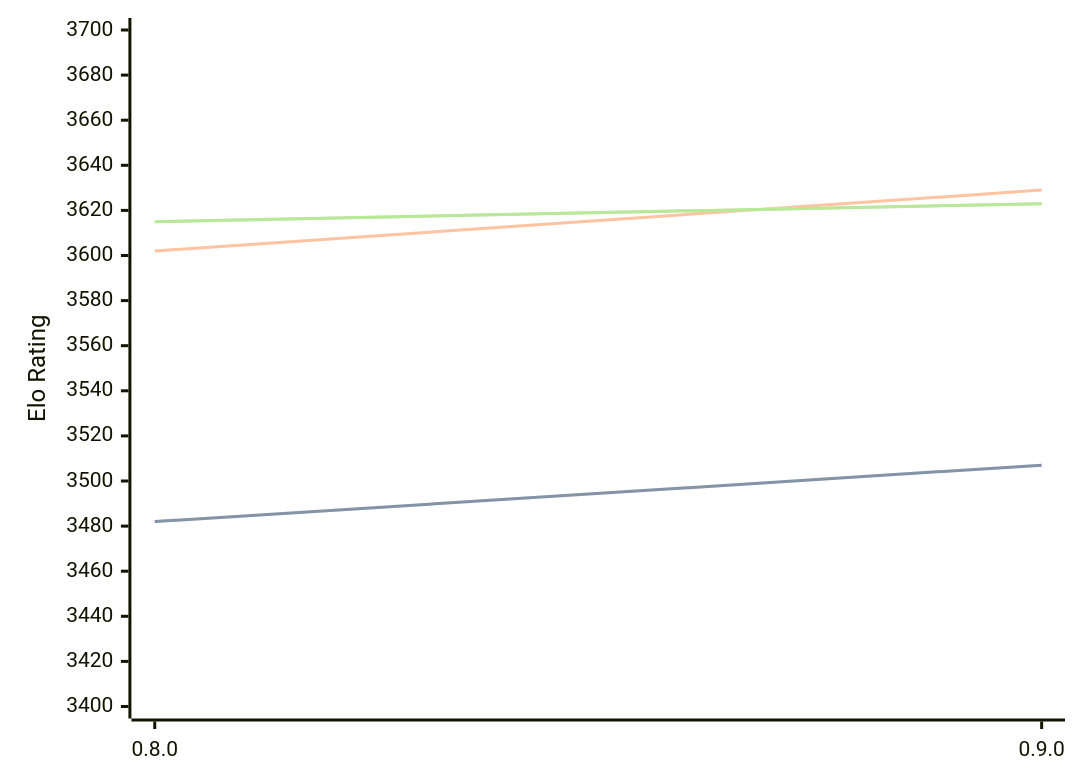
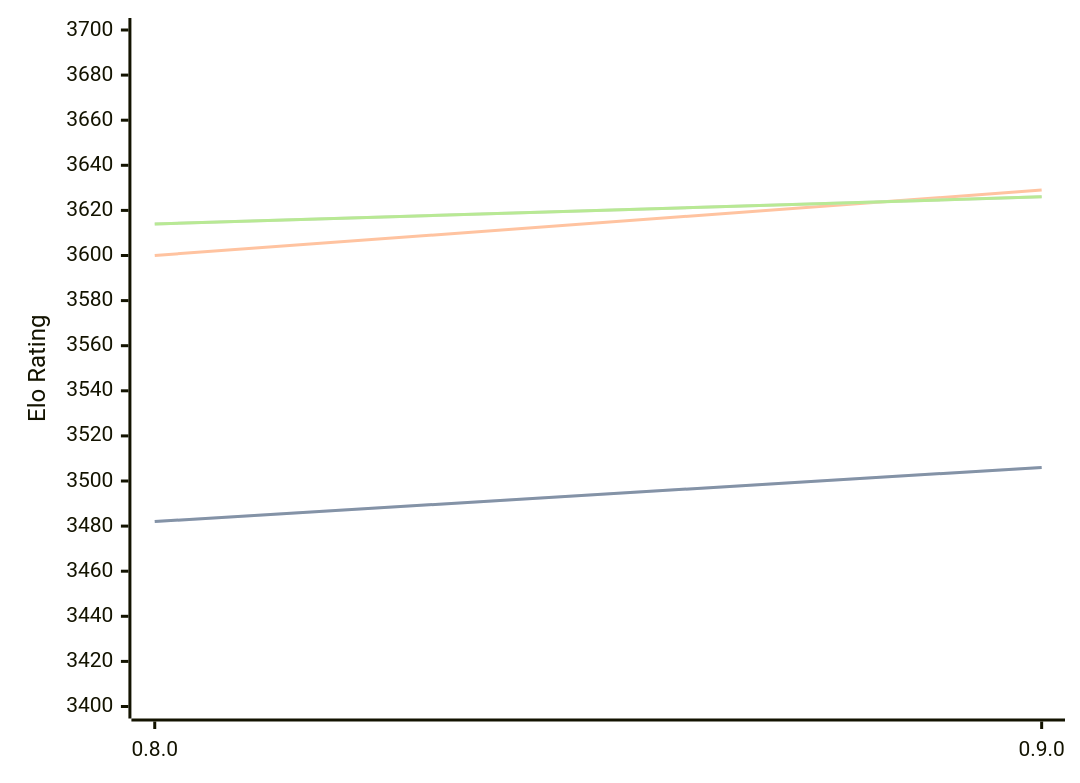
Before and after one commit to computer-chess-index/cci: the diagram in engines/Reckless.md, drawn with Mermaid. The commit also changed other lines of this file, not shown here.

Commit message:
Update CCI Ratings (ELO VLTC) - 2026-03-06

````diff
--- a/engines/Reckless.md
+++ b/engines/Reckless.md
@@ -37,11 +37,11 @@
 ```mermaid
 %%{init: {"theme":"base","themeVariables":{"seriesColors:['#a3a3a3','#222221','#faa371']}}}%%
 xychart-beta
   x-axis ["0.8.0", "0.9.0"]
   y-axis "Elo Rating" 3400 --> 3700
-  line "STC (8.0+0.08s)" [3482, 3507]
-  line "STC (8.0+0.08s)" [3482, 3507]
-  line "LTC (60.0+0.60s)" [3602, 3629]
-  line "VLTC (2m24s+1.12s)" [3615, 3623]
-  line "VLTC (2m24s+1.12s)" [3615, 3623]
+  line "STC (8.0+0.08s)" [3482, 3506]
+  line "STC (8.0+0.08s)" [3482, 3506]
+  line "LTC (60.0+0.60s)" [3600, 3629]
+  line "VLTC (2m24s+1.12s)" [3614, 3626]
+  line "VLTC (2m24s+1.12s)" [3614, 3626]
 ```
````
